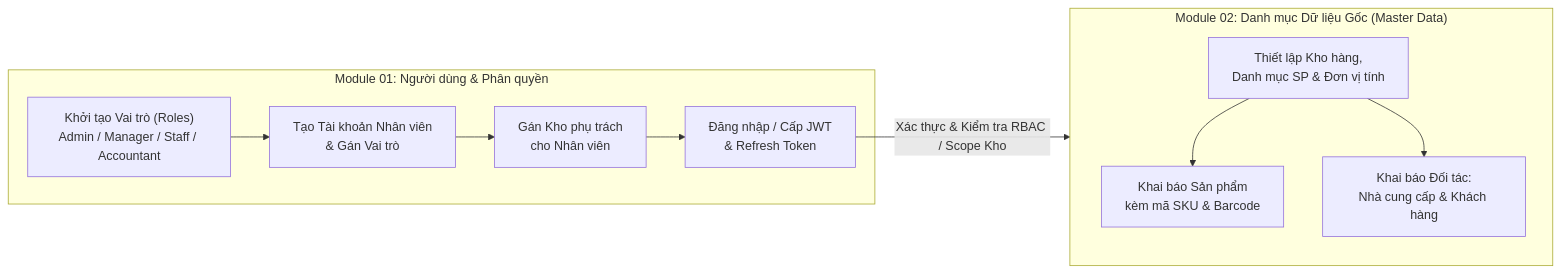
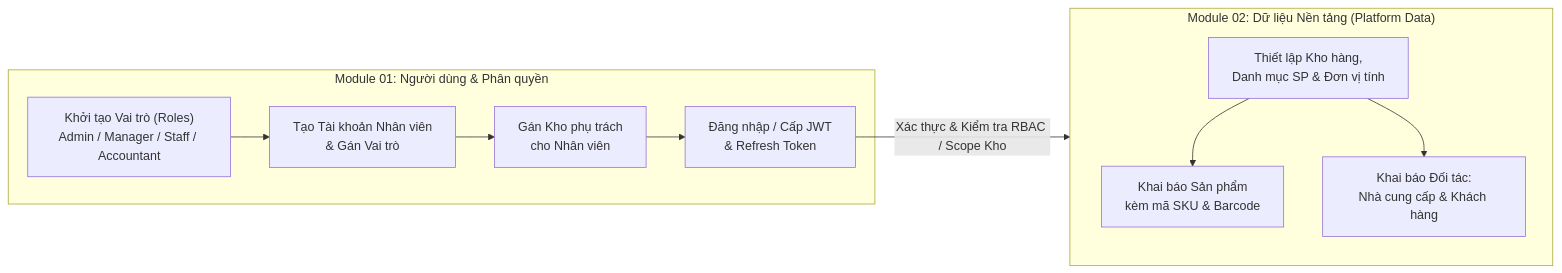
One commit to hungnm3112/Project-Lesson-API changed the diagram in md/requirement.md. Above: the diagram before and after it, drawn with Mermaid. The commit also changed other lines of this file and 3 other files, not shown here.

First line of the commit message:
docs(analysis): dong bo thuat ngu du lieu nen tang va toi uu so do mermaid

````diff
--- a/md/requirement.md
+++ b/md/requirement.md
@@ -59,15 +59,15 @@
 ```mermaid
 flowchart LR
     subgraph M1["Module 01: Người dùng & Phân quyền"]
         A1["Khởi tạo Vai trò (Roles)<br/>Admin / Manager / Staff / Accountant"] --> A2["Tạo Tài khoản Nhân viên<br/>& Gán Vai trò"]
         A2 --> A3["Gán Kho phụ trách<br/>cho Nhân viên"]
         A3 --> A4["Đăng nhập / Cấp JWT<br/>& Refresh Token"]
     end
 
-    subgraph M2["Module 02: Danh mục Dữ liệu Gốc (Master Data)"]
+    subgraph M2["Module 02: Dữ liệu Nền tảng (Platform Data)"]
         B1["Thiết lập Kho hàng,<br/>Danh mục SP & Đơn vị tính"] --> B2["Khai báo Sản phẩm<br/>kèm mã SKU & Barcode"]
         B1 --> B3["Khai báo Đối tác:<br/>Nhà cung cấp & Khách hàng"]
     end
 
     A4 -->|"Xác thực & Kiểm tra RBAC / Scope Kho"| M2
 ```
````
